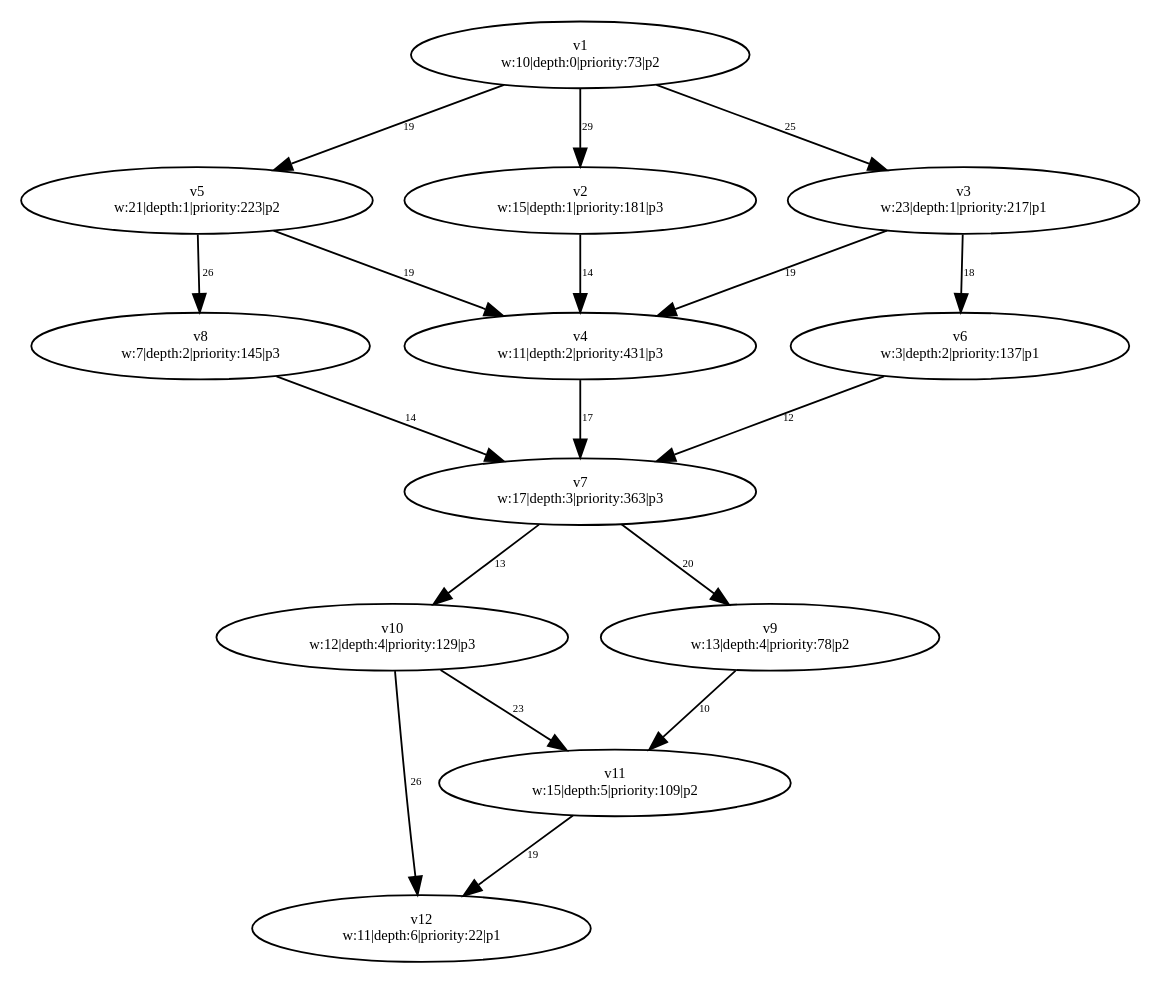
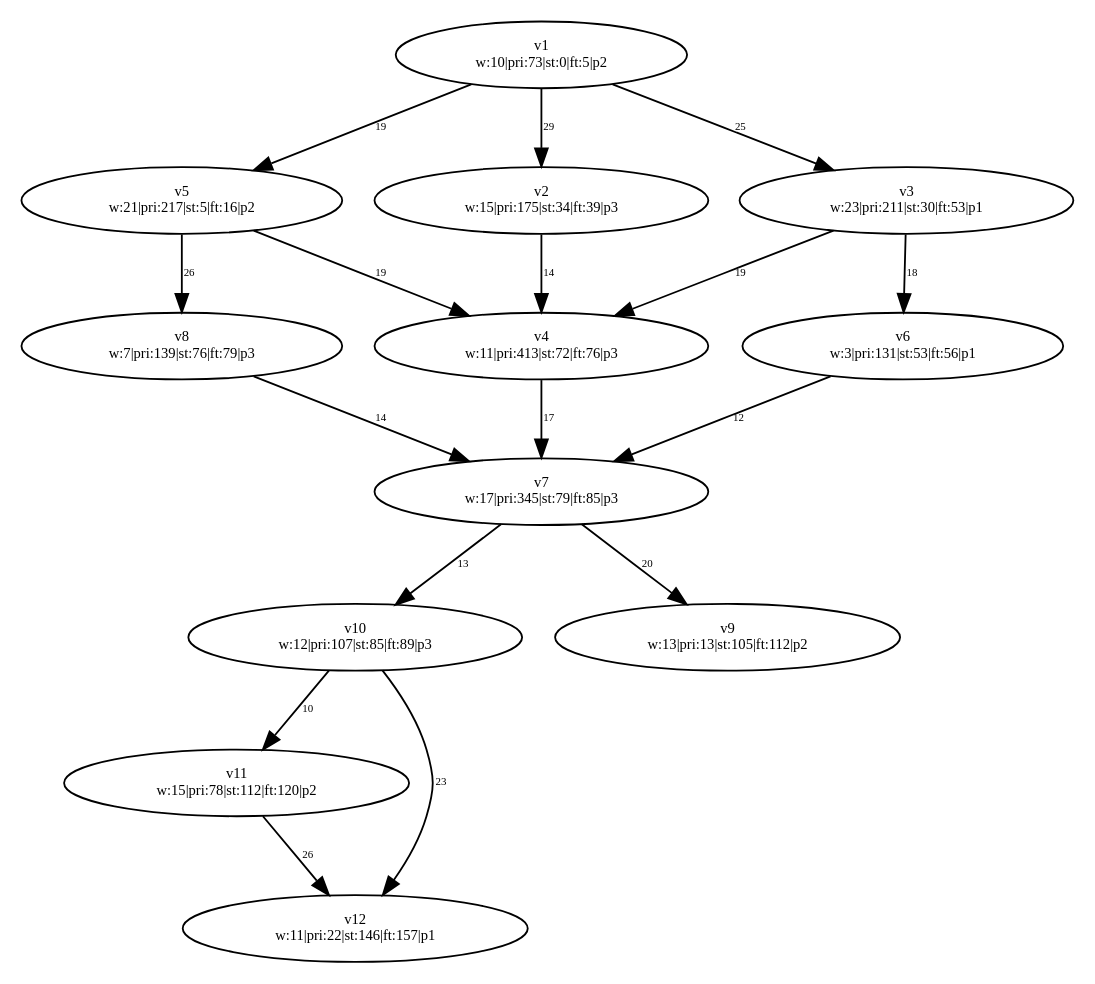
The diagram in PythonApplication1/PythonApplication1/test-output/slika_6_Simplified.gv (dexters1/Task-Scheduling-Based-on-Genetic-Algorithms), drawn with Graphviz before and after one commit. The commit also changed 51 other files, not shown here.

Commit message:
Finished unitTesting for Graph + Processor modules

```diff
--- a/PythonApplication1/PythonApplication1/test-output/slika_6_Simplified.gv
+++ b/PythonApplication1/PythonApplication1/test-output/slika_6_Simplified.gv
@@ -1,43 +1,42 @@
 digraph {
 	v1 [label="v1
-w:10|depth:0|priority:73|p2" fontsize=8.0]
+w:10|pri:73|st:0|ft:5|p2" fontsize=8.0]
 	v5 [label="v5
-w:21|depth:1|priority:223|p2" fontsize=8.0]
+w:21|pri:217|st:5|ft:16|p2" fontsize=8.0]
 	v3 [label="v3
-w:23|depth:1|priority:217|p1" fontsize=8.0]
+w:23|pri:211|st:30|ft:53|p1" fontsize=8.0]
 	v2 [label="v2
-w:15|depth:1|priority:181|p3" fontsize=8.0]
+w:15|pri:175|st:34|ft:39|p3" fontsize=8.0]
 	v4 [label="v4
-w:11|depth:2|priority:431|p3" fontsize=8.0]
+w:11|pri:413|st:72|ft:76|p3" fontsize=8.0]
 	v8 [label="v8
-w:7|depth:2|priority:145|p3" fontsize=8.0]
+w:7|pri:139|st:76|ft:79|p3" fontsize=8.0]
 	v6 [label="v6
-w:3|depth:2|priority:137|p1" fontsize=8.0]
+w:3|pri:131|st:53|ft:56|p1" fontsize=8.0]
 	v7 [label="v7
-w:17|depth:3|priority:363|p3" fontsize=8.0]
+w:17|pri:345|st:79|ft:85|p3" fontsize=8.0]
 	v10 [label="v10
-w:12|depth:4|priority:129|p3" fontsize=8.0]
+w:12|pri:107|st:85|ft:89|p3" fontsize=8.0]
 	v9 [label="v9
-w:13|depth:4|priority:78|p2" fontsize=8.0]
+w:13|pri:13|st:105|ft:112|p2" fontsize=8.0]
 	v11 [label="v11
-w:15|depth:5|priority:109|p2" fontsize=8.0]
+w:15|pri:78|st:112|ft:120|p2" fontsize=8.0]
 	v12 [label="v12
-w:11|depth:6|priority:22|p1" fontsize=8.0]
+w:11|pri:22|st:146|ft:157|p1" fontsize=8.0]
 	v1 -> v2 [label=29 constraint=true fontsize=6.0]
 	v1 -> v3 [label=25 constraint=true fontsize=6.0]
 	v1 -> v5 [label=19 constraint=true fontsize=6.0]
 	v2 -> v4 [label=14 constraint=true fontsize=6.0]
 	v3 -> v4 [label=19 constraint=true fontsize=6.0]
 	v5 -> v4 [label=19 constraint=true fontsize=6.0]
 	v3 -> v6 [label=18 constraint=true fontsize=6.0]
 	v5 -> v8 [label=26 constraint=true fontsize=6.0]
 	v6 -> v7 [label=12 constraint=true fontsize=6.0]
 	v8 -> v7 [label=14 constraint=true fontsize=6.0]
 	v4 -> v7 [label=17 constraint=true fontsize=6.0]
 	v7 -> v9 [label=20 constraint=true fontsize=6.0]
 	v7 -> v10 [label=13 constraint=true fontsize=6.0]
-	v9 -> v11 [label=10 constraint=true fontsize=6.0]
-	v10 -> v11 [label=23 constraint=true fontsize=6.0]
-	v10 -> v12 [label=26 constraint=true fontsize=6.0]
-	v11 -> v12 [label=19 constraint=true fontsize=6.0]
+	v10 -> v11 [label=10 constraint=true fontsize=6.0]
+	v10 -> v12 [label=23 constraint=true fontsize=6.0]
+	v11 -> v12 [label=26 constraint=true fontsize=6.0]
 }
```
